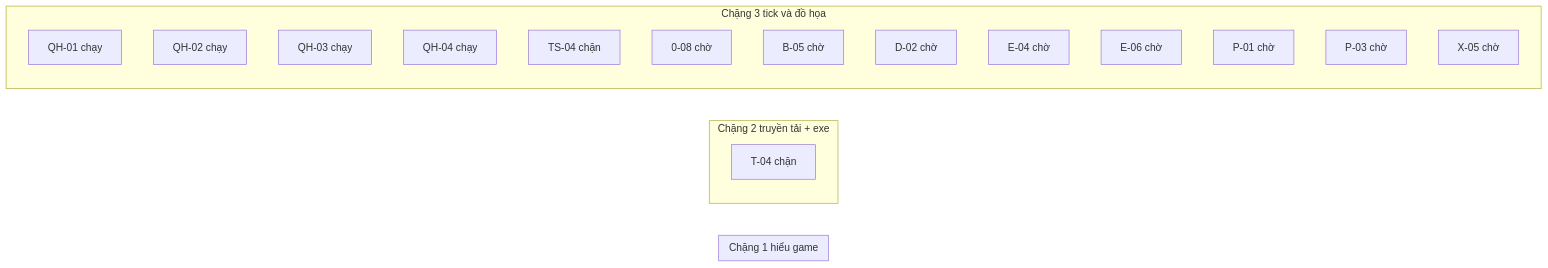
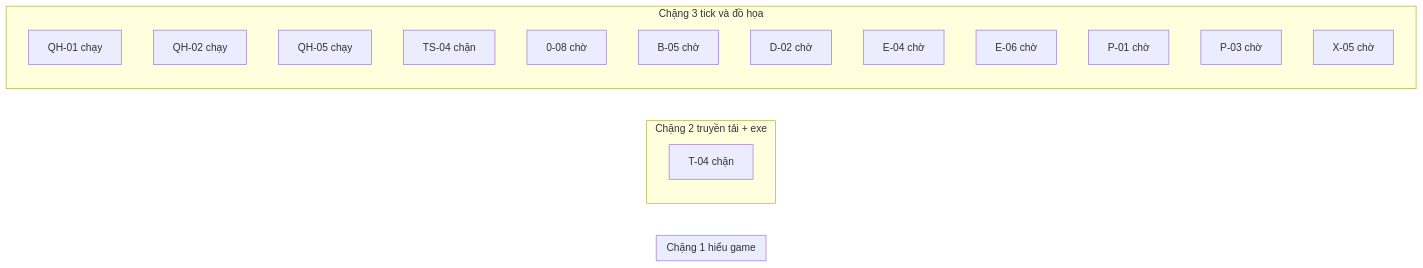
Before and after one commit to ndtangoss-dev/jx1-reports: the diagram in JX1_OPS/STATE/TIEN-DO.md, drawn with Mermaid. The commit also changed other lines of this file and 4 other files, not shown here.

````diff
--- a/JX1_OPS/STATE/TIEN-DO.md
+++ b/JX1_OPS/STATE/TIEN-DO.md
@@ -9,23 +9,22 @@
 ```mermaid
 flowchart LR
   subgraph S1["Chặng 1 hiểu game"]
   end
   subgraph S2["Chặng 2 truyền tải + exe"]
     T_04["T-04 chặn"]
   end
   subgraph S3["Chặng 3 tick và đồ họa"]
     QH_01["QH-01 chạy"]
     QH_02["QH-02 chạy"]
-    QH_03["QH-03 chạy"]
-    QH_04["QH-04 chạy"]
+    QH_05["QH-05 chạy"]
     TS_04["TS-04 chặn"]
     0_08["0-08 chờ"]
     B_05["B-05 chờ"]
     D_02["D-02 chờ"]
     E_04["E-04 chờ"]
     E_06["E-06 chờ"]
     P_01["P-01 chờ"]
     P_03["P-03 chờ"]
     X_05["X-05 chờ"]
   end
 ```
````
